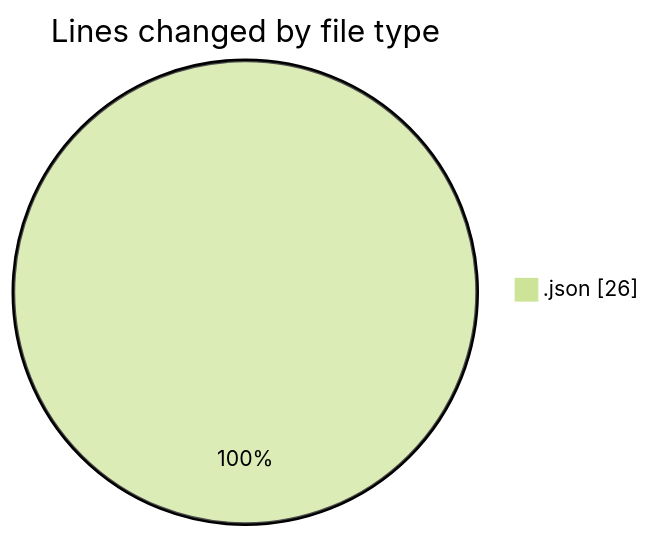
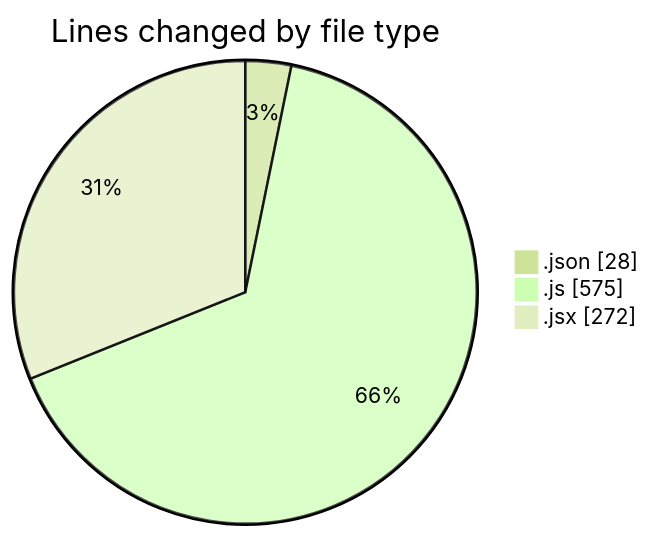
One commit to becaeroporto-bot/code-tracking changed the first of 2 diagrams in 2026-02-21/bot_i_a/README.md. Above: the diagram before and after it, drawn with Mermaid (forest theme). The commit also changed other lines of this file and 1 other file, not shown here.

````diff
--- a/2026-02-21/bot_i_a/README.md
+++ b/2026-02-21/bot_i_a/README.md
@@ -20,5 +25,7 @@
 ```mermaid
 pie showData
 title Lines changed by file type
-".json" : 26
+".json" : 28
+".js" : 575
+".jsx" : 272
 ```
````
